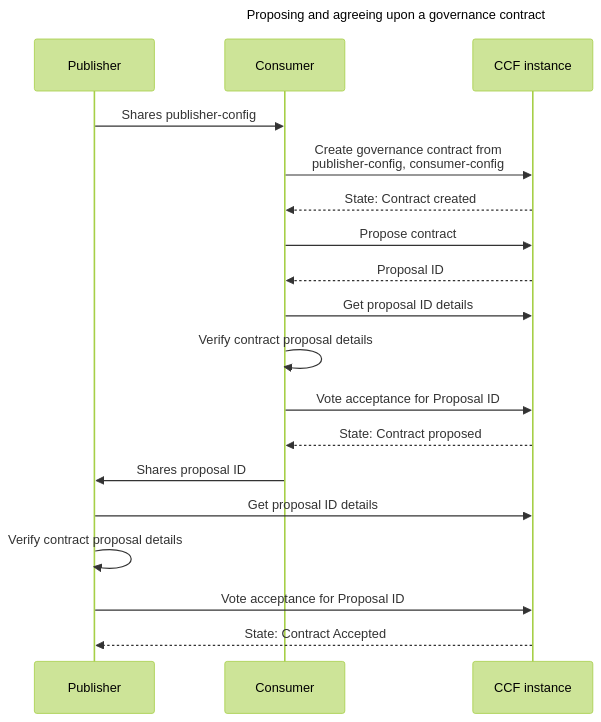
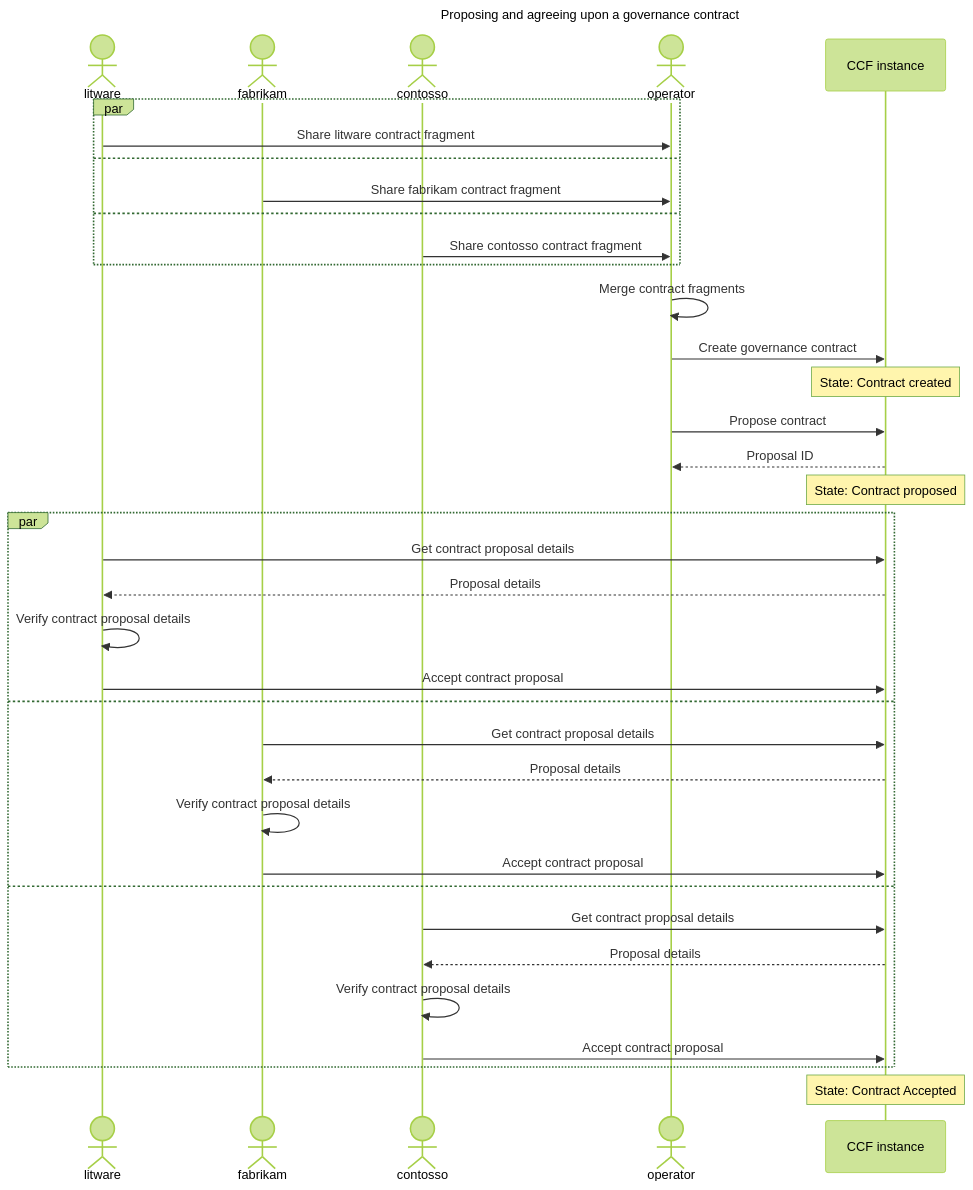
The fourth of 5 diagrams in README.md (hprabh/azure-cleanroom-samples), drawn with Mermaid (forest theme) before and after one commit. The commit also changed other lines of this file and 6 other files, not shown here.

````diff
--- a/README.md
+++ b/README.md
@@ -539,22 +510,44 @@
 ```mermaid
 sequenceDiagram
     title Proposing and agreeing upon a governance contract
-    participant m1 as Publisher
-    participant m0 as Consumer
+    actor m0 as litware
+    actor m1 as fabrikam
+    actor m2 as contosso
+    actor mx as operator
     participant CCF as CCF instance
 
-    m1->>m0: Shares publisher-config
-    m0->>CCF: Create governance contract from <br>publisher-config, consumer-config
-    CCF-->>m0: State: Contract created
-    m0->>CCF: Propose contract
-    CCF-->>m0: Proposal ID
-    m0->>CCF: Get proposal ID details
-    m0->>m0: Verify contract proposal details
-    m0->>CCF: Vote acceptance for Proposal ID
-    CCF-->>m0: State: Contract proposed
-    m0->>m1: Shares proposal ID
-    m1->>CCF: Get proposal ID details
-    m1->>m1: Verify contract proposal details
-    m1->>CCF: Vote acceptance for Proposal ID
-    CCF-->>m1: State: Contract Accepted
+    par
+      m0->>mx: Share litware contract fragment
+    and
+      m1->>mx: Share fabrikam contract fragment
+    and
+      m2->>mx: Share contosso contract fragment
+    end
+    mx->>mx: Merge contract fragments
+
+    mx->>CCF: Create governance contract
+    Note over CCF: State: Contract created
+
+    mx->>CCF: Propose contract
+    CCF-->>mx: Proposal ID
+    Note over CCF: State: Contract proposed
+
+    par
+      m0->>CCF: Get contract proposal details
+      CCF-->>m0: Proposal details
+      m0->>m0: Verify contract proposal details
+      m0->>CCF: Accept contract proposal
+    and
+      m1->>CCF: Get contract proposal details
+      CCF-->>m1: Proposal details
+      m1->>m1: Verify contract proposal details
+      m1->>CCF: Accept contract proposal
+    and
+      m2->>CCF: Get contract proposal details
+      CCF-->>m2: Proposal details
+      m2->>m2: Verify contract proposal details
+      m2->>CCF: Accept contract proposal
+    end
+
+    Note over CCF: State: Contract Accepted
 ```
````
